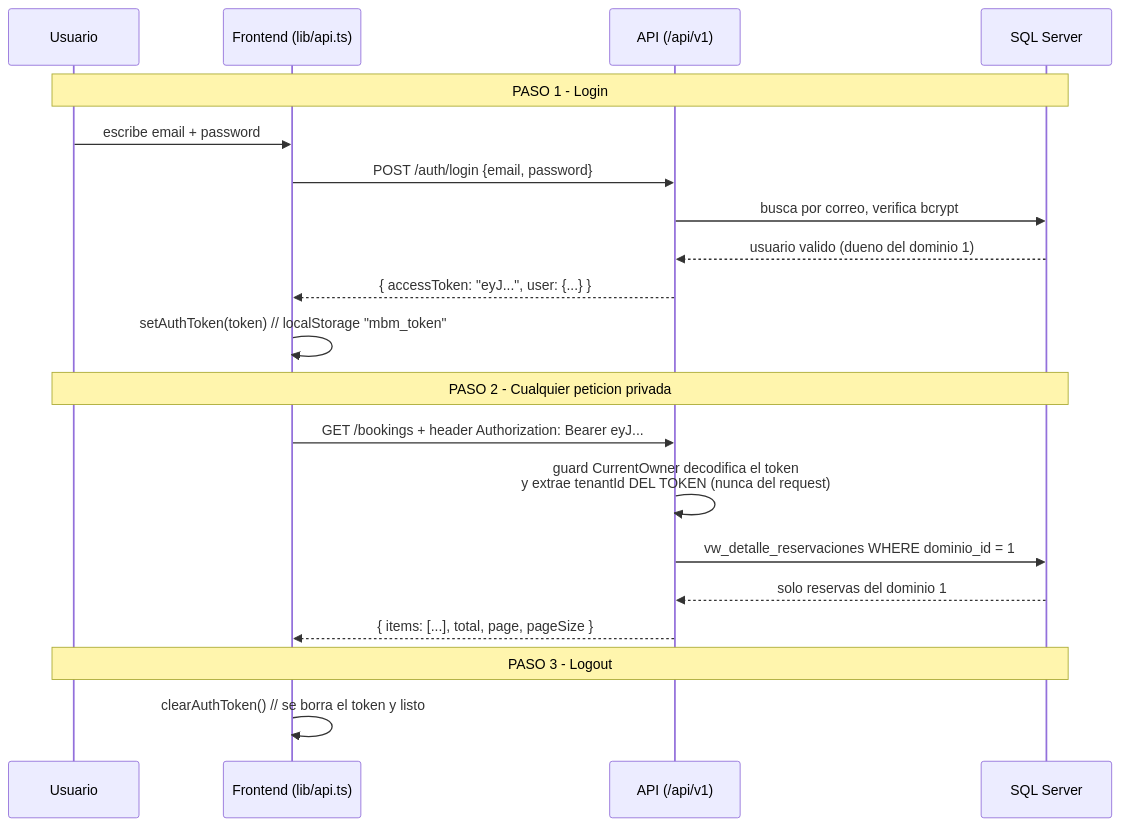
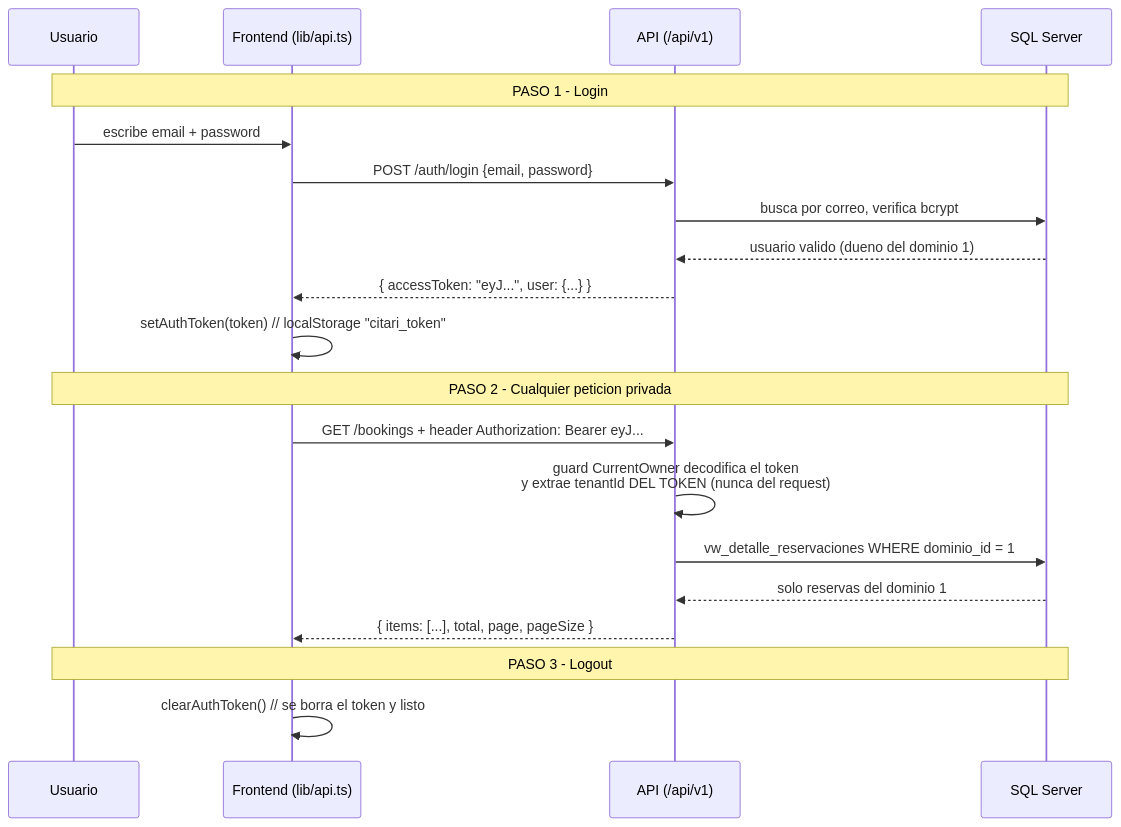
The second of 3 diagrams in docs/arquitectura-visual.md (handelenriquezacuna/multiTenantBookingManager), drawn with Mermaid before and after one commit. The commit also changed other lines of this file and 52 other files, not shown here.

First line of the commit message:
chore: rebrand MBM -> Citari across the whole project

````diff
--- a/docs/arquitectura-visual.md
+++ b/docs/arquitectura-visual.md
@@ -66,25 +66,25 @@
 ```mermaid
 sequenceDiagram
     participant U as Usuario
     participant F as Frontend (lib/api.ts)
     participant API as API (/api/v1)
     participant DB as SQL Server
 
     Note over U,DB: PASO 1 - Login
     U->>F: escribe email + password
     F->>API: POST /auth/login {email, password}
     API->>DB: busca por correo, verifica bcrypt
     DB-->>API: usuario valido (dueno del dominio 1)
     API-->>F: { accessToken: "eyJ...", user: {...} }
-    F->>F: setAuthToken(token)  // localStorage "mbm_token"
+    F->>F: setAuthToken(token)  // localStorage "citari_token"
 
     Note over U,DB: PASO 2 - Cualquier peticion privada
     F->>API: GET /bookings + header Authorization: Bearer eyJ...
     API->>API: guard CurrentOwner decodifica el token<br/>y extrae tenantId DEL TOKEN (nunca del request)
     API->>DB: vw_detalle_reservaciones WHERE dominio_id = 1
     DB-->>API: solo reservas del dominio 1
     API-->>F: { items: [...], total, page, pageSize }
 
     Note over U,DB: PASO 3 - Logout
     F->>F: clearAuthToken()  // se borra el token y listo
 ```
````
